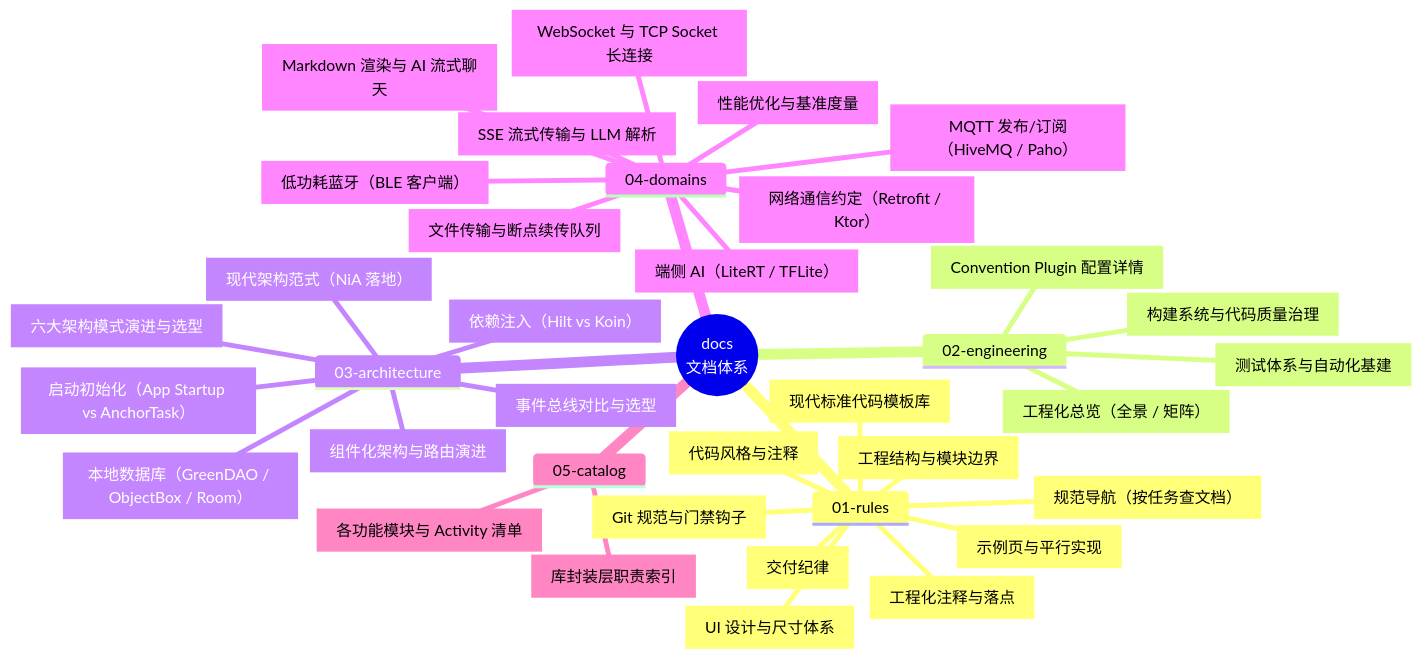
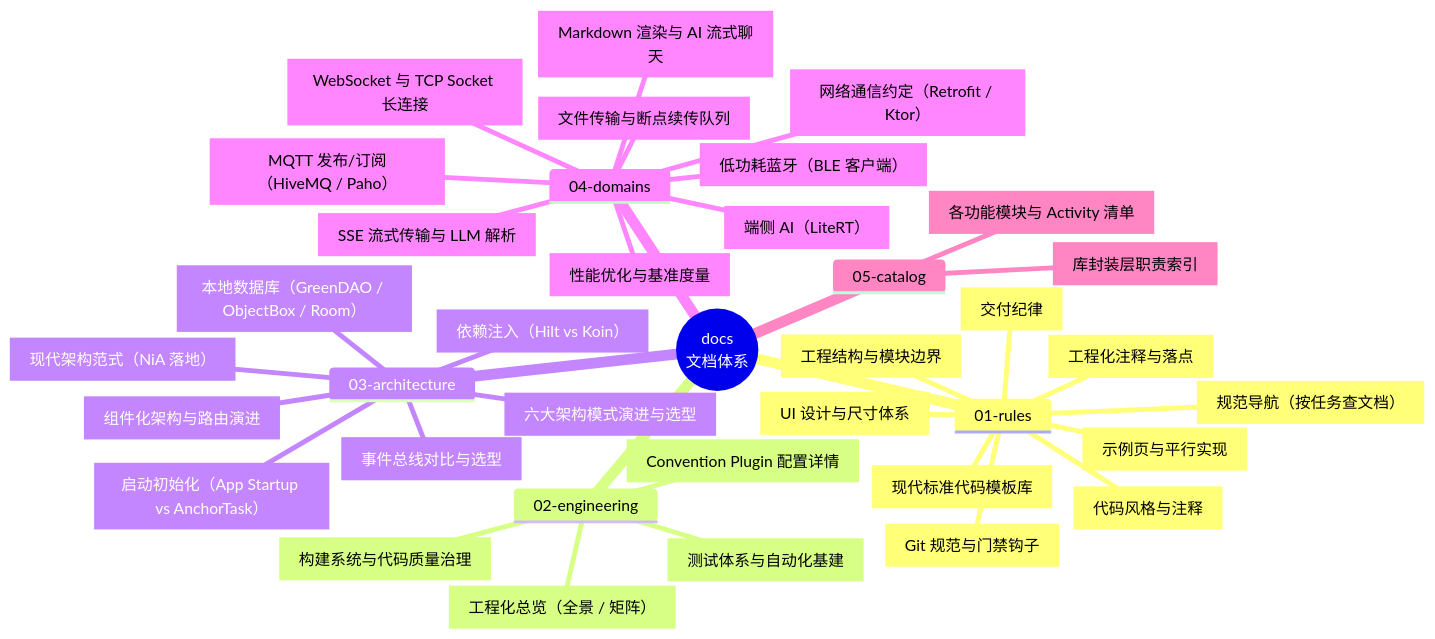
The diagram in docs/README.md (wuwei94/MyApplication), drawn with Mermaid before and after one commit. The commit also changed other lines of this file and 110 other files, not shown here.

````diff
--- a/docs/README.md
+++ b/docs/README.md
@@ -25,40 +25,40 @@
 ```mermaid
 mindmap
   root((docs<br/>文档体系))
     01-rules
       README.md["规范导航（按任务查文档）"]
       delivery.md["交付纪律"]
       structure.md["工程结构与模块边界"]
       showcase.md["示例页与平行实现"]
       style.md["代码风格与注释"]
       engineering.md["工程化注释与落点"]
       templates.md["现代标准代码模板库"]
       design.md["UI 设计与尺寸体系"]
       git.md["Git 规范与门禁钩子"]
     02-engineering
       engineering.md["工程化总览（全景 / 矩阵）"]
       engineering-build.md["构建系统与代码质量治理"]
       build-logic.md["Convention Plugin 配置详情"]
       testing.md["测试体系与自动化基建"]
     03-architecture
       architecture.md["六大架构模式演进与选型"]
       modularization.md["组件化架构与路由演进"]
       engineering-patterns.md["现代架构范式（NiA 落地）"]
       di.md["依赖注入（Hilt vs Koin）"]
       event.md["事件总线对比与选型"]
       startup.md["启动初始化（App Startup vs AnchorTask）"]
       database.md["本地数据库（GreenDAO / ObjectBox / Room）"]
     04-domains
       network.md["网络通信约定（Retrofit / Ktor）"]
       transfer.md["文件传输与断点续传队列"]
       socket.md["WebSocket 与 TCP Socket 长连接"]
       sse.md["SSE 流式传输与 LLM 解析"]
       mqtt.md["MQTT 发布/订阅（HiveMQ / Paho）"]
       bluetooth.md["低功耗蓝牙（BLE 客户端）"]
       markdown.md["Markdown 渲染与 AI 流式聊天"]
-      ml.md["端侧 AI（LiteRT / TFLite）"]
+      ml.md["端侧 AI（LiteRT）"]
       performance.md["性能优化与基准度量"]
     05-catalog
       modules.md["各功能模块与 Activity 清单"]
       libs.md["库封装层职责索引"]
 ```
````
